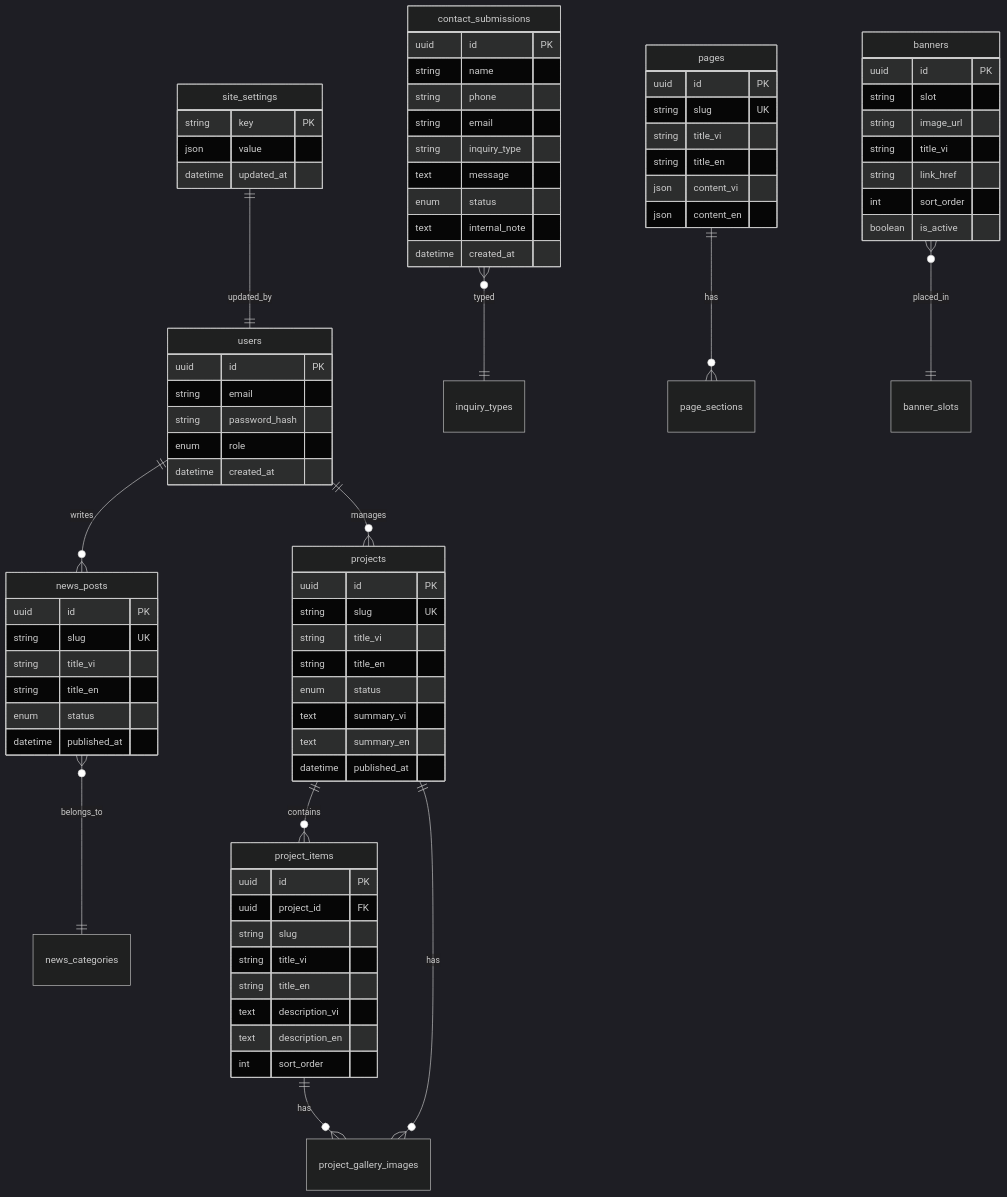
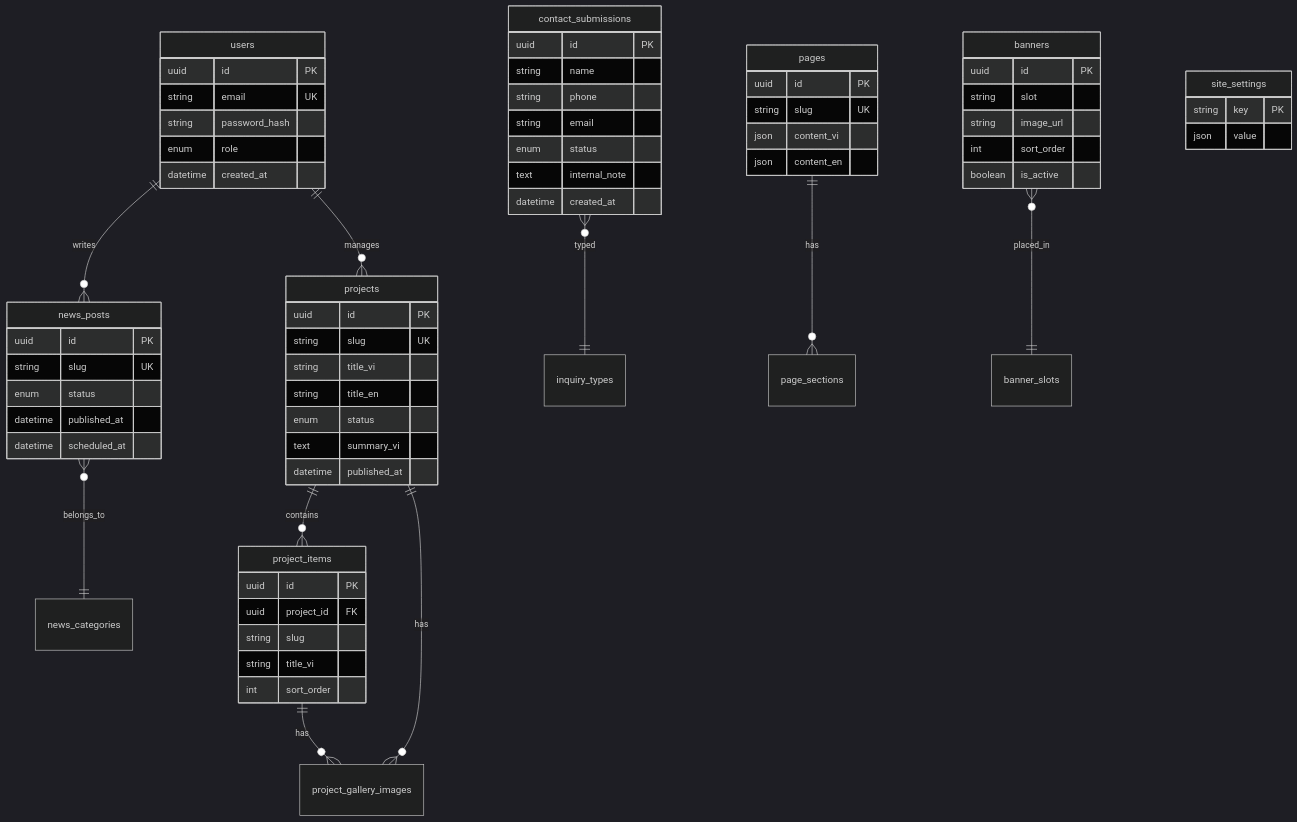
The seventh of 14 diagrams in docs/Bao-cao-Phuong-an-2-Website-Thien-Duc.md (CESxMidas/thien-duc-website-frontend), drawn with Mermaid (dark theme) before and after one commit. The commit also changed other lines of this file and 22 other files, not shown here.

````diff
--- a/docs/Bao-cao-Phuong-an-2-Website-Thien-Duc.md
+++ b/docs/Bao-cao-Phuong-an-2-Website-Thien-Duc.md
@@ -401,21 +499,16 @@
 
     projects ||--o{ project_items : contains
     projects ||--o{ project_gallery_images : has
-
     project_items ||--o{ project_gallery_images : has
 
     news_posts }o--|| news_categories : belongs_to
-
     contact_submissions }o--|| inquiry_types : typed
-
     pages ||--o{ page_sections : has
     banners }o--|| banner_slots : placed_in
 
-    site_settings ||--|| users : updated_by
-
     users {
         uuid id PK
-        string email
+        string email UK
         string password_hash
         enum role
         datetime created_at
@@ -428,7 +521,6 @@
         string title_en
         enum status
         text summary_vi
-        text summary_en
         datetime published_at
     }
 
@@ -437,19 +529,15 @@
         uuid project_id FK
         string slug
         string title_vi
-        string title_en
-        text description_vi
-        text description_en
         int sort_order
     }
 
     news_posts {
         uuid id PK
         string slug UK
-        string title_vi
-        string title_en
         enum status
         datetime published_at
+        datetime scheduled_at
     }
 
     contact_submissions {
@@ -457,8 +545,6 @@
         string name
         string phone
         string email
-        string inquiry_type
-        text message
         enum status
         text internal_note
         datetime created_at
@@ -467,8 +553,6 @@
     pages {
         uuid id PK
         string slug UK
-        string title_vi
-        string title_en
         json content_vi
         json content_en
     }
@@ -477,8 +561,6 @@
         uuid id PK
         string slot
         string image_url
-        string title_vi
-        string link_href
         int sort_order
         boolean is_active
     }
@@ -486,6 +568,5 @@
     site_settings {
         string key PK
         json value
-        datetime updated_at
     }
 ```
````
